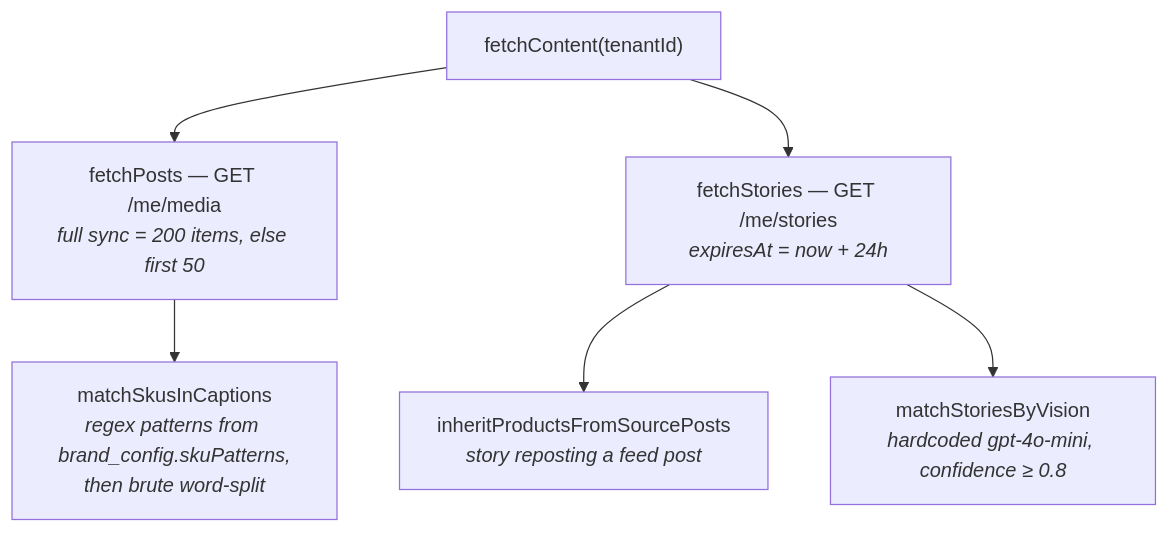
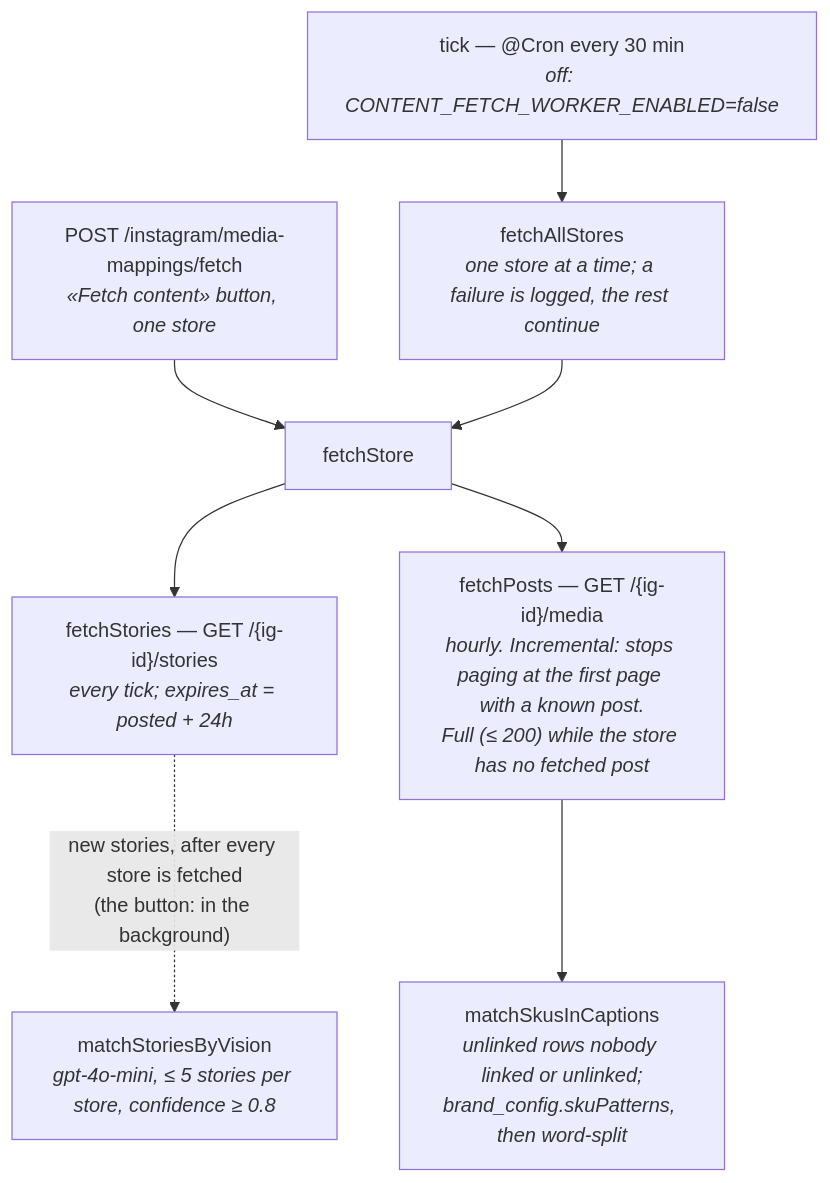
Before and after one commit to alexanderkhanas/direct-mate: the sixth of 11 diagrams in docs/architecture/06-integrations-and-channels.md, drawn with Mermaid. The commit also changed other lines of this file and 47 other files, not shown here.

````diff
--- a/docs/architecture/06-integrations-and-channels.md
+++ b/docs/architecture/06-integrations-and-channels.md
@@ -221,8 +225,10 @@
 ```mermaid
 flowchart TB
-    S["fetchContent(tenantId)"] --> P["fetchPosts — GET /me/media<br/><i>full sync = 200 items, else first 50</i>"]
-    S --> ST["fetchStories — GET /me/stories<br/><i>expiresAt = now + 24h</i>"]
-    P --> SKU["matchSkusInCaptions<br/><i>regex patterns from brand_config.skuPatterns,<br/>then brute word-split</i>"]
-    ST --> INH["inheritProductsFromSourcePosts<br/><i>story reposting a feed post</i>"]
-    ST --> VIS["matchStoriesByVision<br/><i>hardcoded gpt-4o-mini, confidence ≥ 0.8</i>"]
+    T["tick — @Cron every 30 min<br/><i>off: CONTENT_FETCH_WORKER_ENABLED=false</i>"] --> A["fetchAllStores<br/><i>one store at a time; a failure is logged, the rest continue</i>"]
+    B["POST /instagram/media-mappings/fetch<br/><i>«Fetch content» button, one store</i>"] --> F
+    A --> F["fetchStore"]
+    F --> ST["fetchStories — GET /{ig-id}/stories<br/><i>every tick; expires_at = posted + 24h</i>"]
+    F --> P["fetchPosts — GET /{ig-id}/media<br/><i>hourly. Incremental: stops paging at the first page with a known post.<br/>Full (≤ 200) while the store has no fetched post</i>"]
+    P --> SKU["matchSkusInCaptions<br/><i>unlinked rows nobody linked or unlinked;<br/>brand_config.skuPatterns, then word-split</i>"]
+    ST -.->|"new stories, after every store is fetched<br/>(the button: in the background)"| VIS["matchStoriesByVision<br/><i>gpt-4o-mini, ≤ 5 stories per store, confidence ≥ 0.8</i>"]
 ```
````
